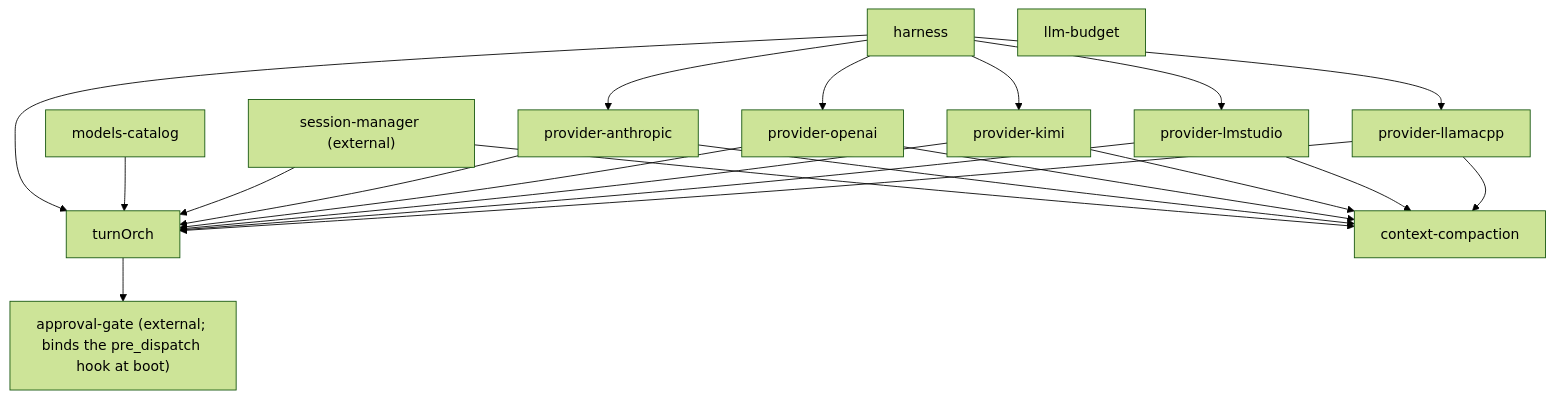
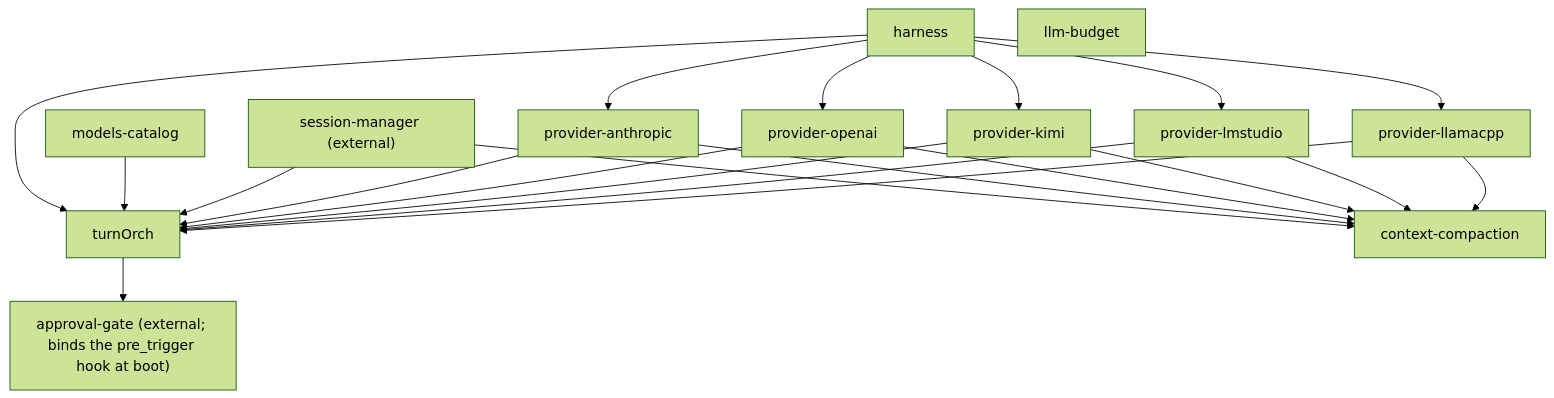
Before and after one commit to iii-hq/workers: the fourth of 5 diagrams in harness/docs/architecture.md, drawn with Mermaid (forest theme). The commit also changed other lines of this file and 33 other files, not shown here.

First line of the commit message:
refactor(harness): rename the dispatch concept to trigger for iii alignment

````diff
--- a/harness/docs/architecture.md
+++ b/harness/docs/architecture.md
@@ -303,24 +303,24 @@
 ```mermaid
 flowchart TD
   harness --> turnOrch
-  turnOrch --> approval["approval-gate (external; binds the pre_dispatch hook at boot)"]
+  turnOrch --> approval["approval-gate (external; binds the pre_trigger hook at boot)"]
   models[models-catalog] --> turnOrch
   sessionMgr["session-manager (external)"] --> turnOrch
   harness --> provAnth[provider-anthropic]
   harness --> provOAI[provider-openai]
   harness --> provKimi[provider-kimi]
   harness --> provLms[provider-lmstudio]
   harness --> provLlama[provider-llamacpp]
   provAnth --> turnOrch
   provOAI --> turnOrch
   provKimi --> turnOrch
   provLms --> turnOrch
   provLlama --> turnOrch
   sessionMgr --> compact[context-compaction]
   provAnth --> compact
   provOAI --> compact
   provKimi --> compact
   provLms --> compact
   provLlama --> compact
   budget[llm-budget]
 ```
````
